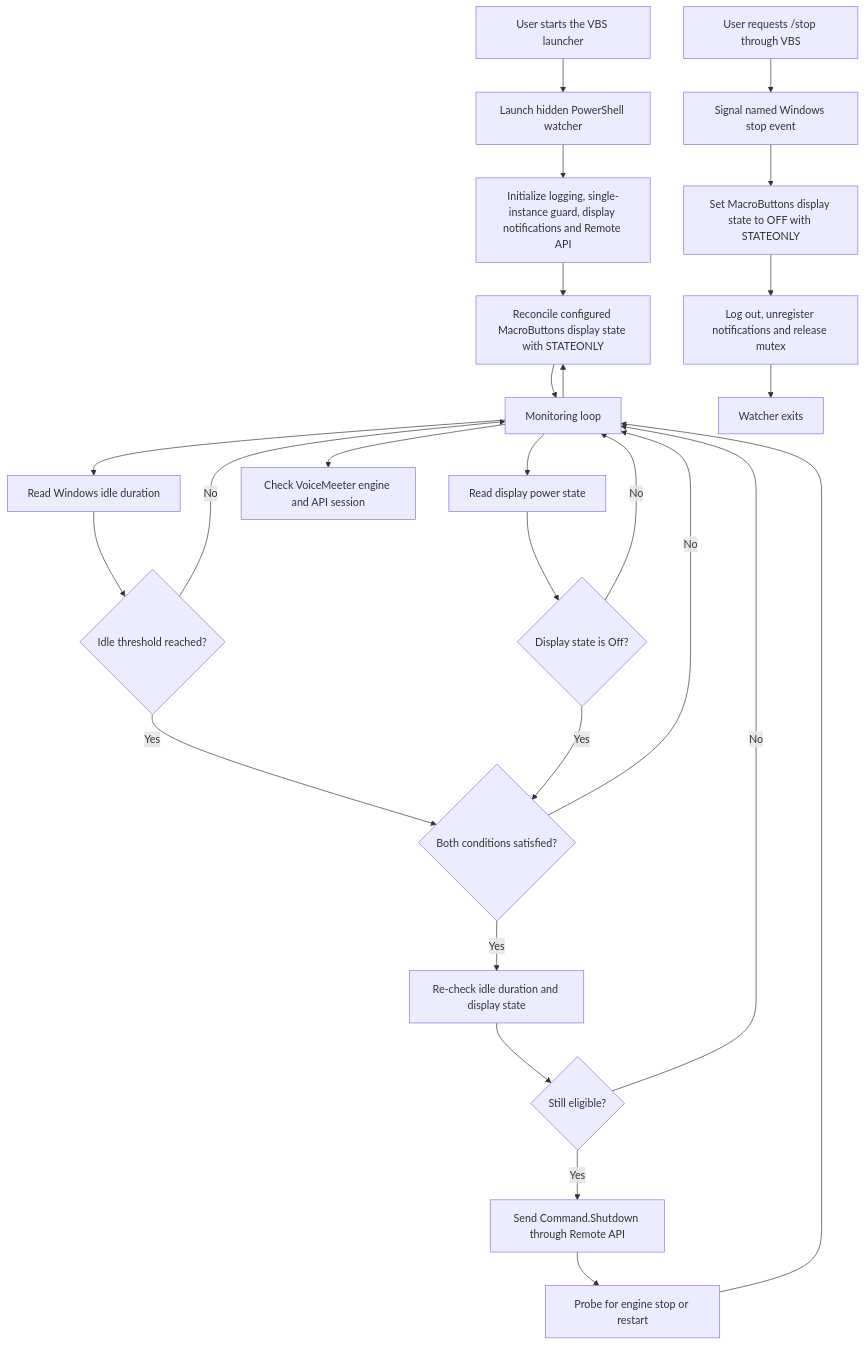
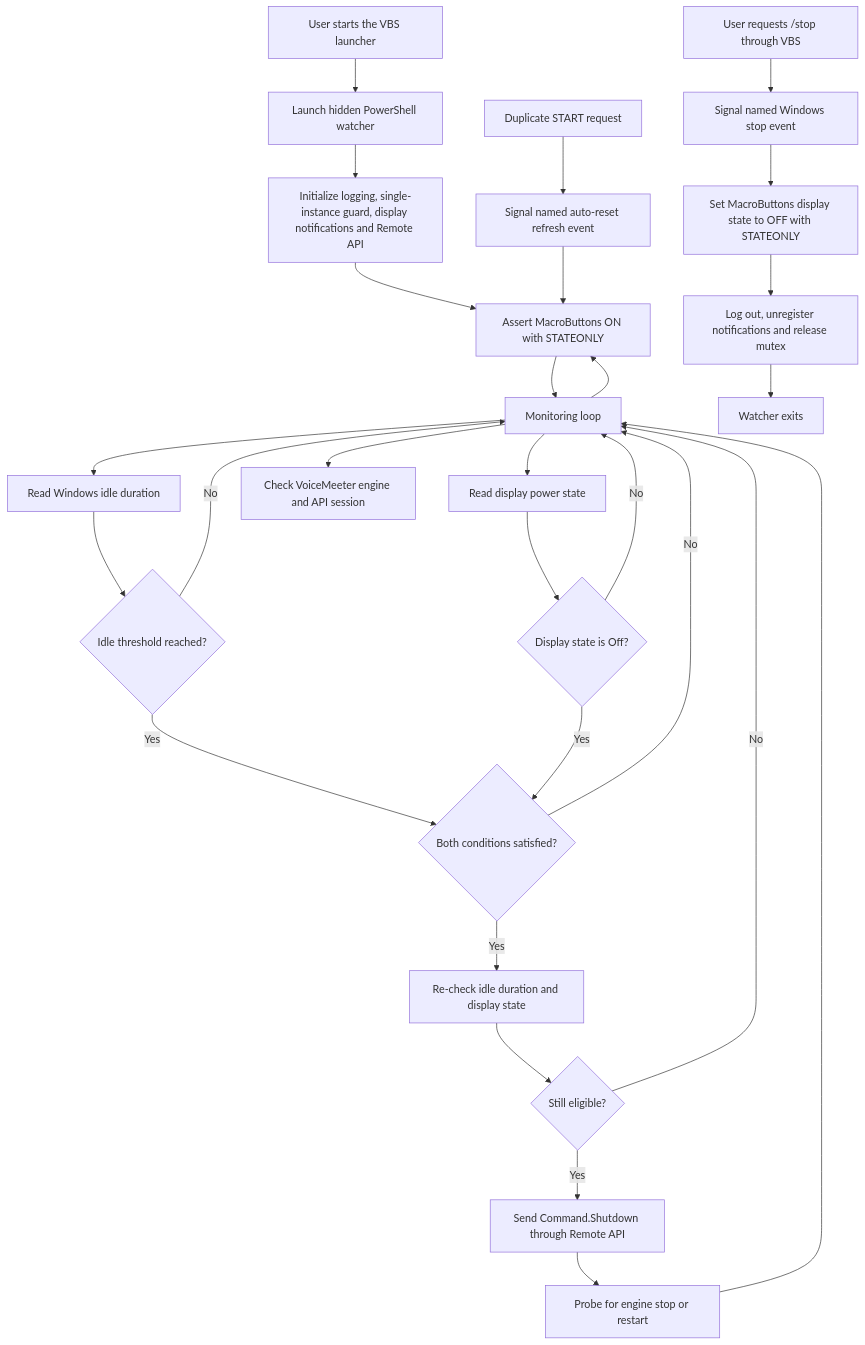
One commit to AnAllegory/VoiceMeeter-IdleWatcher changed the first of 2 diagrams in ARCHITECTURE.md. Above: the diagram before and after it, drawn with Mermaid. The commit also changed other lines of this file and 6 other files, not shown here.

Commit message:
Simplify MacroButtons sync and refresh on repeated Start

````diff
--- a/ARCHITECTURE.md
+++ b/ARCHITECTURE.md
@@ -12,32 +12,34 @@
 ```mermaid
 flowchart TD
     A[User starts the VBS launcher] --> B[Launch hidden PowerShell watcher]
     B --> C[Initialize logging, single-instance guard, display notifications and Remote API]
-    C --> MB[Reconcile configured MacroButtons display state with STATEONLY]
+    C --> MB[Assert MacroButtons ON with STATEONLY]
     MB --> D[Monitoring loop]
     D --> MB
 
     D --> E[Read Windows idle duration]
     D --> F[Read display power state]
     D --> G[Check VoiceMeeter engine and API session]
 
     E --> H{Idle threshold reached?}
     F --> I{Display state is Off?}
     H -->|No| D
     I -->|No| D
     H -->|Yes| J{Both conditions satisfied?}
     I -->|Yes| J
 
     J -->|No| D
     J -->|Yes| K[Re-check idle duration and display state]
     K --> L{Still eligible?}
     L -->|No| D
     L -->|Yes| M[Send Command.Shutdown through Remote API]
     M --> N[Probe for engine stop or restart]
     N --> D
 
     P[User requests /stop through VBS] --> Q[Signal named Windows stop event]
     Q --> O[Set MacroButtons display state to OFF with STATEONLY]
+    T[Duplicate START request] --> U[Signal named auto-reset refresh event]
+    U --> MB
     O --> R[Log out, unregister notifications and release mutex]
     R --> S[Watcher exits]
 ```
````
